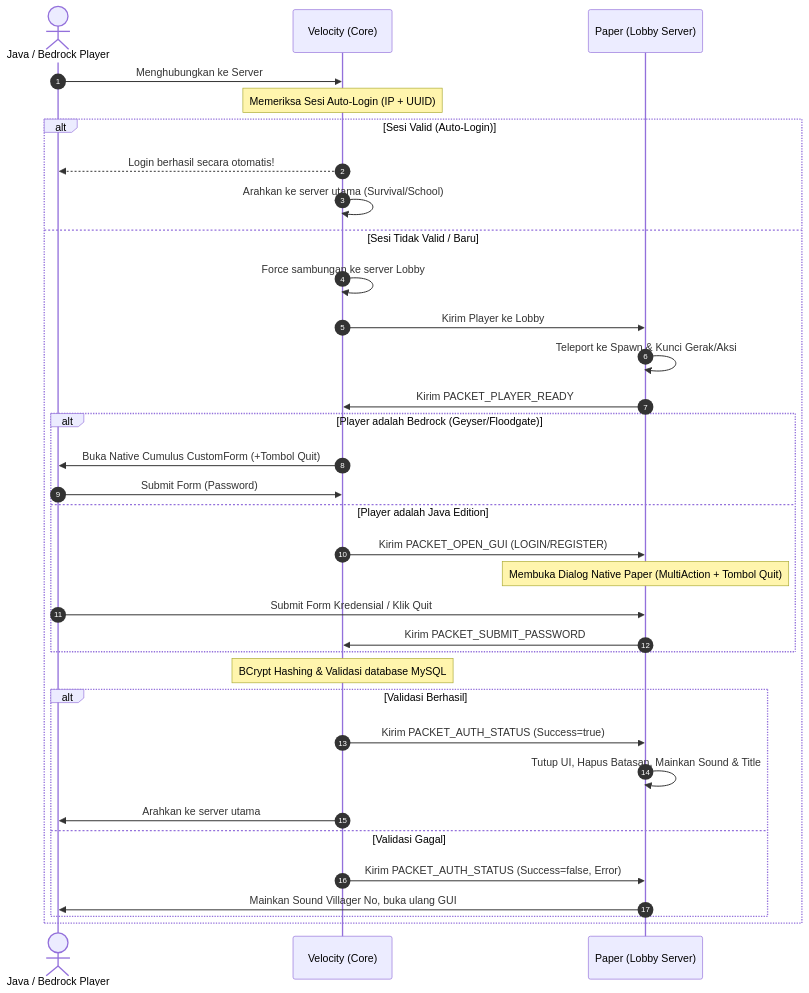
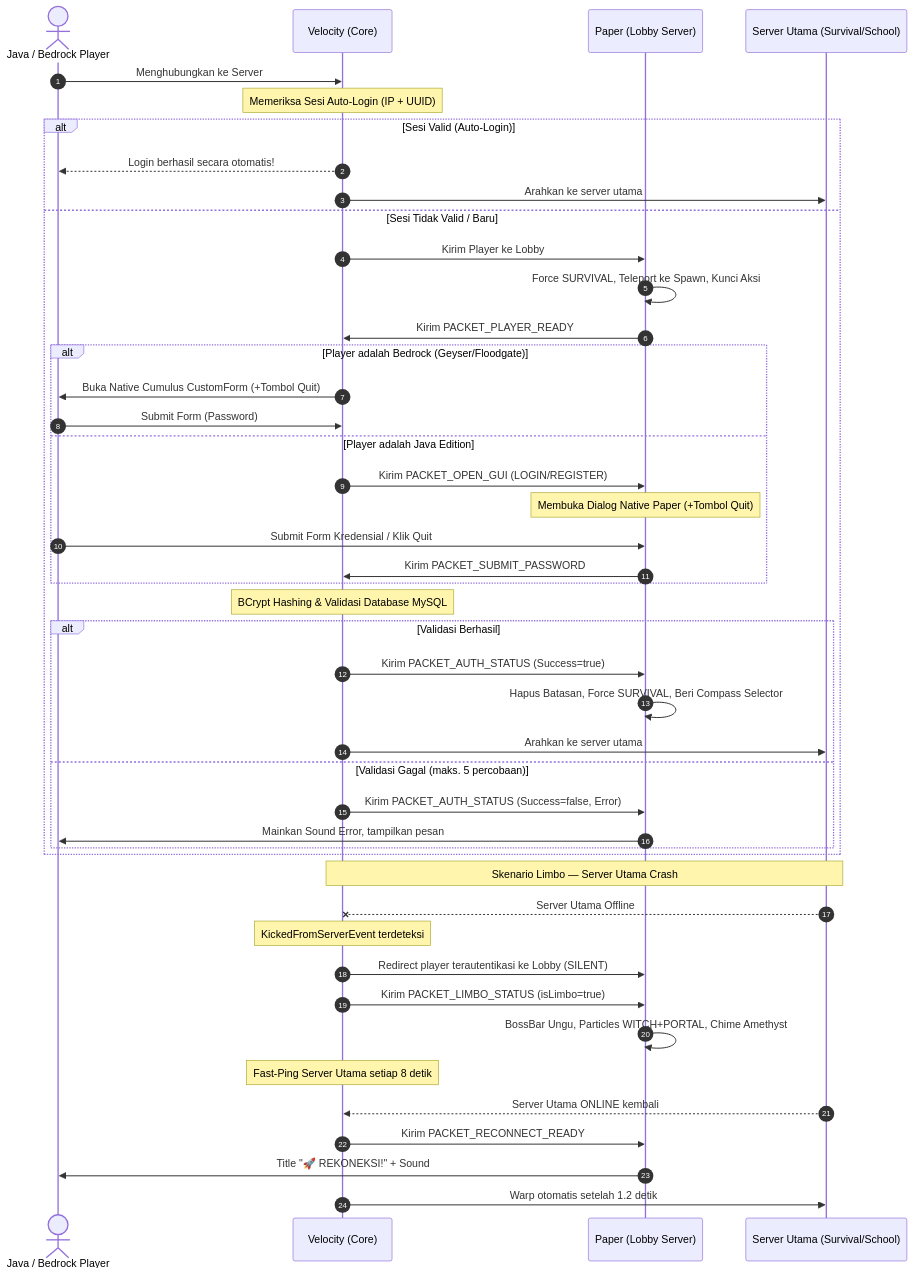
Before and after one commit to Natural-Minecraft/NaturalAuth: the diagram in README.md, drawn with Mermaid. The commit also changed other lines of this file and 6 other files, not shown here.

Commit message:
feat: Limbo Waiting Room, Server Selector Compass, Console Admin Commands, SURVIVAL gamemode enforcement, complete README

````diff
--- a/README.md
+++ b/README.md
@@ -16,40 +18,52 @@
 ```mermaid
 sequenceDiagram
     autonumber
     actor Player as Java / Bedrock Player
     participant Proxy as Velocity (Core)
     participant Lobby as Paper (Lobby Server)
-    
+    participant Main as Server Utama (Survival/School)
+
     Player->>Proxy: Menghubungkan ke Server
     Note over Proxy: Memeriksa Sesi Auto-Login (IP + UUID)
     alt Sesi Valid (Auto-Login)
         Proxy-->>Player: Login berhasil secara otomatis!
-        Proxy->>Proxy: Arahkan ke server utama (Survival/School)
+        Proxy->>Main: Arahkan ke server utama
     else Sesi Tidak Valid / Baru
-        Proxy->>Proxy: Force sambungan ke server Lobby
         Proxy->>Lobby: Kirim Player ke Lobby
-        Lobby->>Lobby: Teleport ke Spawn & Kunci Gerak/Aksi
+        Lobby->>Lobby: Force SURVIVAL, Teleport ke Spawn, Kunci Aksi
         Lobby->>Proxy: Kirim PACKET_PLAYER_READY
-        
+
         alt Player adalah Bedrock (Geyser/Floodgate)
             Proxy->>Player: Buka Native Cumulus CustomForm (+Tombol Quit)
             Player->>Proxy: Submit Form (Password)
         else Player adalah Java Edition
             Proxy->>Lobby: Kirim PACKET_OPEN_GUI (LOGIN/REGISTER)
-            Note over Lobby: Membuka Dialog Native Paper (MultiAction + Tombol Quit)
+            Note over Lobby: Membuka Dialog Native Paper (+Tombol Quit)
             Player->>Lobby: Submit Form Kredensial / Klik Quit
             Lobby->>Proxy: Kirim PACKET_SUBMIT_PASSWORD
         end
-        
-        Note over Proxy: BCrypt Hashing & Validasi database MySQL
-        
+
+        Note over Proxy: BCrypt Hashing & Validasi Database MySQL
+
         alt Validasi Berhasil
             Proxy->>Lobby: Kirim PACKET_AUTH_STATUS (Success=true)
-            Lobby->>Lobby: Tutup UI, Hapus Batasan, Mainkan Sound & Title
-            Proxy->>Player: Arahkan ke server utama
-        else Validasi Gagal
+            Lobby->>Lobby: Hapus Batasan, Force SURVIVAL, Beri Compass Selector
+            Proxy->>Main: Arahkan ke server utama
+        else Validasi Gagal (maks. 5 percobaan)
             Proxy->>Lobby: Kirim PACKET_AUTH_STATUS (Success=false, Error)
-            Lobby->>Player: Mainkan Sound Villager No, buka ulang GUI
+            Lobby->>Player: Mainkan Sound Error, tampilkan pesan
         end
     end
+
+    Note over Proxy,Main: Skenario Limbo — Server Utama Crash
+    Main--xProxy: Server Utama Offline
+    Note over Proxy: KickedFromServerEvent terdeteksi
+    Proxy->>Lobby: Redirect player terautentikasi ke Lobby (SILENT)
+    Proxy->>Lobby: Kirim PACKET_LIMBO_STATUS (isLimbo=true)
+    Lobby->>Lobby: BossBar Ungu, Particles WITCH+PORTAL, Chime Amethyst
+    Note over Proxy: Fast-Ping Server Utama setiap 8 detik
+    Main-->>Proxy: Server Utama ONLINE kembali
+    Proxy->>Lobby: Kirim PACKET_RECONNECT_READY
+    Lobby->>Player: Title "🚀 REKONEKSI!" + Sound
+    Proxy->>Main: Warp otomatis setelah 1.2 detik
 ```
````
